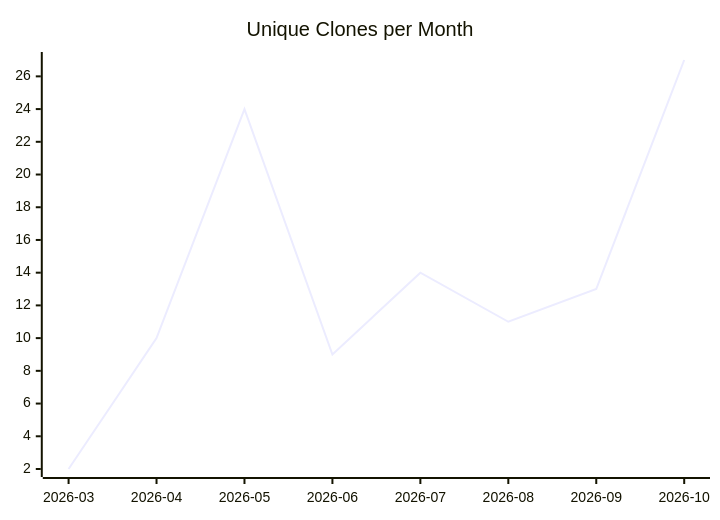
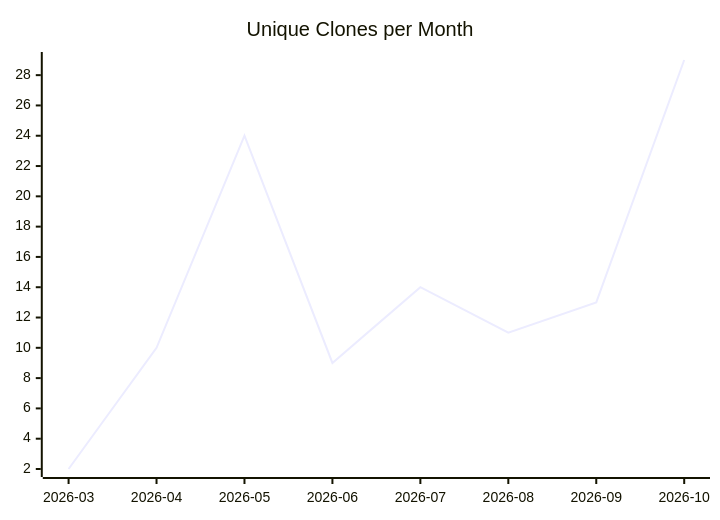
Before and after one commit to justdavis-family/github-analytics-data: the third of 3 diagrams in karlmdavis/xmlpull/README.md, drawn with Mermaid. The commit also changed other lines of this file and 202 other files, not shown here.

````diff
--- a/karlmdavis/xmlpull/README.md
+++ b/karlmdavis/xmlpull/README.md
@@ -19,6 +19,6 @@
 ```mermaid
 xychart-beta
   title "Unique Clones per Month"
   x-axis ["2026-03", "2026-04", "2026-05", "2026-06", "2026-07", "2026-08", "2026-09", "2026-10"]
-  line [2, 10, 24, 9, 14, 11, 13, 27]
+  line [2, 10, 24, 9, 14, 11, 13, 29]
 ```
````
